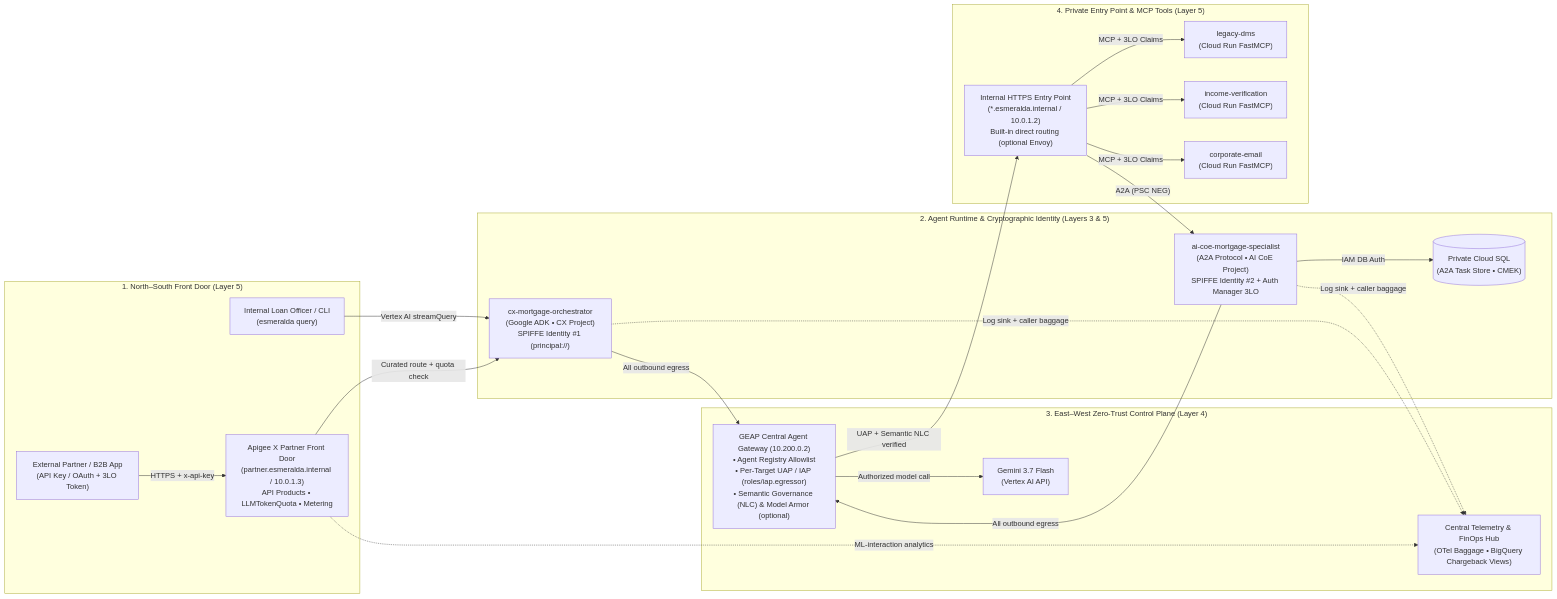
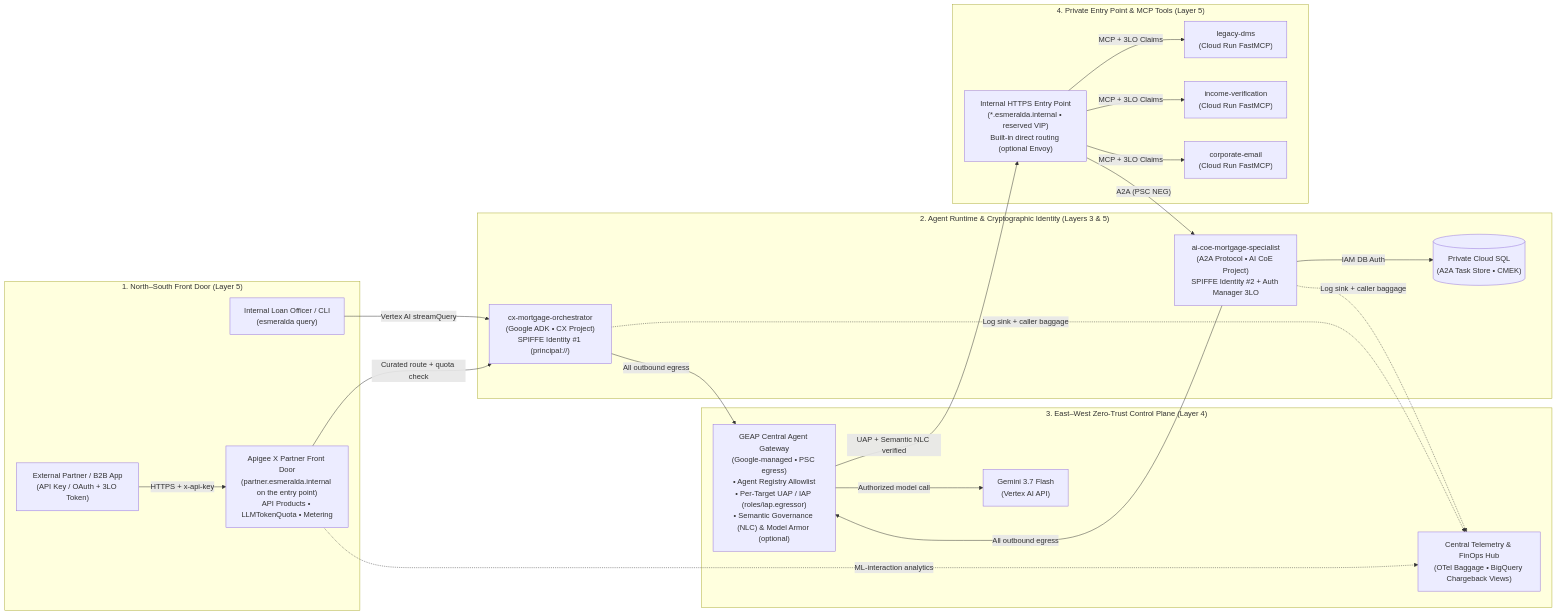
One commit to google/esmeralda changed the first of 3 diagrams in docs/src/index.md. Above: the diagram before and after it, drawn with Mermaid. The commit also changed other lines of this file and 8 other files, not shown here.

First line of the commit message:
docs: remove hard-coded private IPs and fix the agent gateway hostname (#236)

````diff
--- a/docs/src/index.md
+++ b/docs/src/index.md
@@ -114,45 +114,45 @@
 ```mermaid
 flowchart LR
     subgraph NS["1. North–South Front Door (Layer 5)"]
         Partner["External Partner / B2B App<br/>(API Key / OAuth + 3LO Token)"]
-        Apigee["Apigee X Partner Front Door<br/>(partner.esmeralda.internal / 10.0.1.3)<br/>API Products • LLMTokenQuota • Metering"]
+        Apigee["Apigee X Partner Front Door<br/>(partner.esmeralda.internal on the entry point)<br/>API Products • LLMTokenQuota • Metering"]
         Caller["Internal Loan Officer / CLI<br/>(esmeralda query)"]
     end
 
     subgraph Agents["2. Agent Runtime & Cryptographic Identity (Layers 3 & 5)"]
         Orch["cx-mortgage-orchestrator<br/>(Google ADK • CX Project)<br/>SPIFFE Identity #1 (principal://)"]
         Spec["ai-coe-mortgage-specialist<br/>(A2A Protocol • AI CoE Project)<br/>SPIFFE Identity #2 + Auth Manager 3LO"]
         SQL[("Private Cloud SQL<br/>(A2A Task Store • CMEK)")]
     end
 
     subgraph Gov["3. East–West Zero-Trust Control Plane (Layer 4)"]
-        AGW["GEAP Central Agent Gateway (10.200.0.2)<br/>• Agent Registry Allowlist<br/>• Per-Target UAP / IAP (roles/iap.egressor)<br/>• Semantic Governance (NLC) & Model Armor (optional)"]
+        AGW["GEAP Central Agent Gateway<br/>(Google-managed • PSC egress)<br/>• Agent Registry Allowlist<br/>• Per-Target UAP / IAP (roles/iap.egressor)<br/>• Semantic Governance (NLC) & Model Armor (optional)"]
         Gemini["Gemini 3.7 Flash<br/>(Vertex AI API)"]
         FinOps["Central Telemetry & FinOps Hub<br/>(OTel Baggage • BigQuery Chargeback Views)"]
     end
 
     subgraph EastWest["4. Private Entry Point & MCP Tools (Layer 5)"]
-        EP["Internal HTTPS Entry Point<br/>(*.esmeralda.internal / 10.0.1.2)<br/>Built-in direct routing (optional Envoy)"]
+        EP["Internal HTTPS Entry Point<br/>(*.esmeralda.internal • reserved VIP)<br/>Built-in direct routing (optional Envoy)"]
         DMS["legacy-dms<br/>(Cloud Run FastMCP)"]
         Inc["income-verification<br/>(Cloud Run FastMCP)"]
         Email["corporate-email<br/>(Cloud Run FastMCP)"]
     end
 
     Partner -->|"HTTPS + x-api-key"| Apigee
     Apigee -->|"Curated route + quota check"| Orch
     Caller -->|"Vertex AI streamQuery"| Orch
 
     Orch -->|"All outbound egress"| AGW
     Spec -->|"All outbound egress"| AGW
 
     AGW -->|"Authorized model call"| Gemini
     AGW -->|"UAP + Semantic NLC verified"| EP
 
     EP -->|"A2A (PSC NEG)"| Spec
     EP -->|"MCP + 3LO Claims"| DMS & Inc & Email
     Spec -->|"IAM DB Auth"| SQL
 
     Orch -.->|"Log sink + caller baggage"| FinOps
     Spec -.->|"Log sink + caller baggage"| FinOps
     Apigee -.->|"ML-interaction analytics"| FinOps
 ```
````
